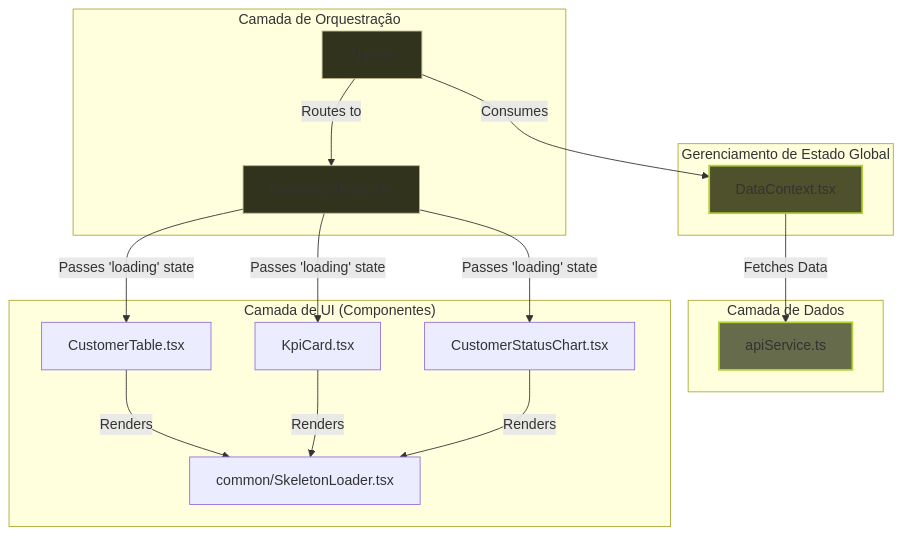
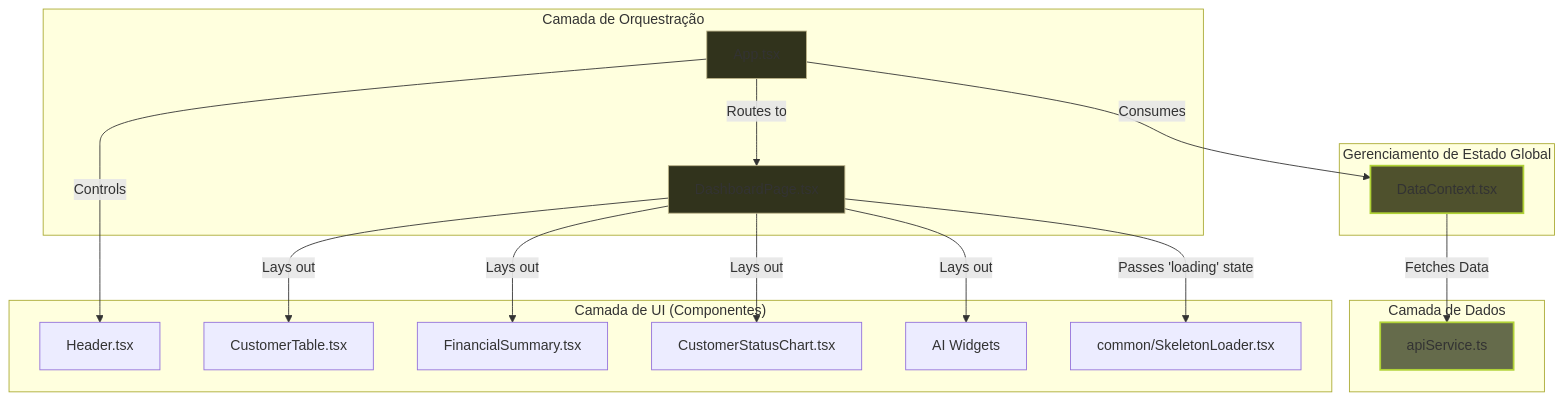
The first of 6 diagrams in src/pages/painel-cliente-360/README.md (matheusfly/saas-platform), drawn with Mermaid before and after one commit. The commit also changed other lines of this file and 2430 other files, not shown here.

````diff
--- a/src/pages/painel-cliente-360/README.md
+++ b/src/pages/painel-cliente-360/README.md
@@ -48,38 +40,37 @@
 ```mermaid
 graph TD
     subgraph "Camada de Dados"
         API[apiService.ts]
     end
 
     subgraph "Gerenciamento de Estado Global"
         CTX[DataContext.tsx]
         CTX -- Fetches Data --> API
     end
 
     subgraph "Camada de Orquestração"
         App[App.tsx]
         App -- Consumes --> CTX
         DP[DashboardPage.tsx]
         App -- Routes to --> DP
     end
-  
+    
     subgraph "Camada de UI (Componentes)"
+        Header[Header.tsx]
         Table[CustomerTable.tsx]
-        Kpi[KpiCard.tsx]
+        FS[FinancialSummary.tsx]
         Chart[CustomerStatusChart.tsx]
+        AIWidgets[AI Widgets]
         Skeletons[common/SkeletonLoader.tsx]
     end
 
-    DP -- Passes 'loading' state --> Table
-    DP -- Passes 'loading' state --> Kpi
-    DP -- Passes 'loading' state --> Chart
+    App -- Controls --> Header
+    DP -- Lays out --> Table & FS & Chart & AIWidgets
 
-    Table -- Renders --> Skeletons
-    Kpi -- Renders --> Skeletons
-    Chart -- Renders --> Skeletons
+    DP -- Passes 'loading' state --> Skeletons
 
     style API fill:#656B4B,stroke:#B0D236,stroke-width:2px
     style CTX fill:#4F512D,stroke:#B0D236,stroke-width:2px
     style App fill:#31331c,stroke:#BDB58A,stroke-width:1px
     style DP fill:#31331c,stroke:#BDB58A,stroke-width:1px
 ```
````
